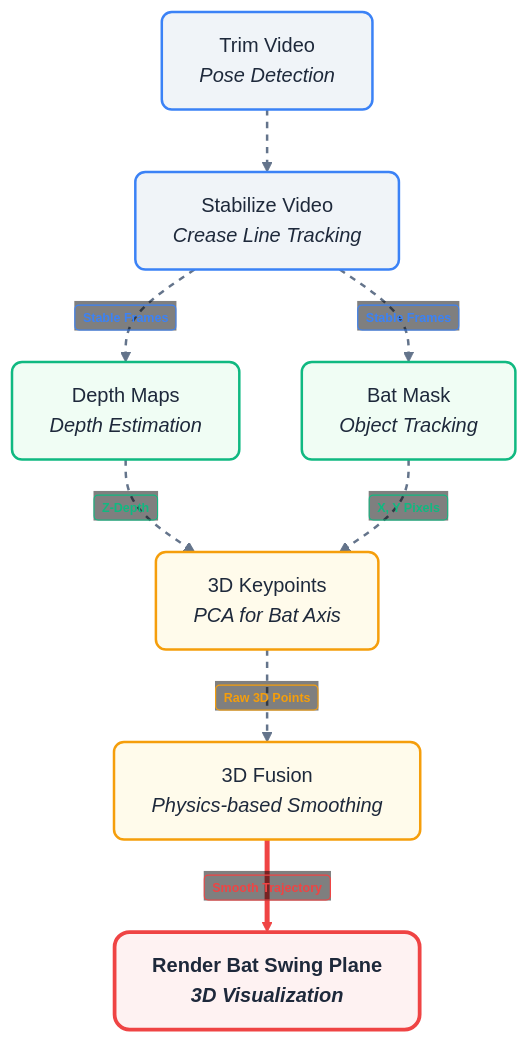
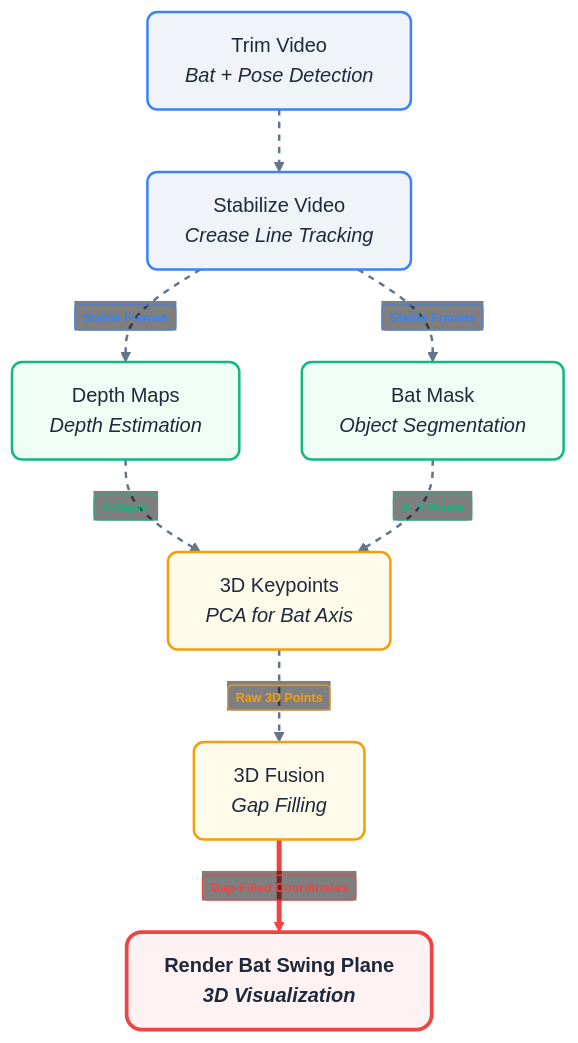
One commit to adnanmsk/blog_privew changed the second of 9 diagrams in pipeline_diagrams.md. Above: the diagram before and after it, drawn with Mermaid. The commit also changed other lines of this file, not shown here.

Commit message:
Update terminology in pipeline diagrams to match Option 13

````diff
--- a/pipeline_diagrams.md
+++ b/pipeline_diagrams.md
@@ -40,26 +40,26 @@
 ```mermaid
 %%{init: {'theme': 'base', 'themeVariables': { 'edgeLabelBackground':'transparent' }}}%%
 flowchart TD
     %% Clean, modern color palette for standard Markdown rendering
     classDef prep fill:#f0f4f8,stroke:#3b82f6,stroke-width:2px,color:#1e293b,rx:8px,ry:8px
     classDef infer fill:#f0fdf4,stroke:#10b981,stroke-width:2px,color:#1e293b,rx:8px,ry:8px
     classDef phys fill:#fffbeb,stroke:#f59e0b,stroke-width:2px,color:#1e293b,rx:8px,ry:8px
     classDef out fill:#fef2f2,stroke:#ef4444,stroke-width:3px,color:#1e293b,rx:12px,ry:12px,font-weight:bold
 
     %% Nodes and relationships (Text strictly preserved)
-    T["Trim Video<br><i>Pose Detection</i>"]:::prep --> S["Stabilize Video<br><i>Crease Line Tracking</i>"]:::prep
+    T["Trim Video<br><i>Bat + Pose Detection</i>"]:::prep --> S["Stabilize Video<br><i>Crease Line Tracking</i>"]:::prep
     
     S -- "<span style='background:transparent !important; border:1.5px solid #3b82f6 !important; color:#3b82f6 !important; padding:2px 6px; border-radius:4px; font-size:10px; font-weight:bold; display:inline-block;'>Stable Frames</span>" --> D["Depth Maps<br><i>Depth Estimation</i>"]:::infer
-    S -- "<span style='background:transparent !important; border:1.5px solid #3b82f6 !important; color:#3b82f6 !important; padding:2px 6px; border-radius:4px; font-size:10px; font-weight:bold; display:inline-block;'>Stable Frames</span>" --> Seg["Bat Mask<br><i>Object Tracking</i>"]:::infer
+    S -- "<span style='background:transparent !important; border:1.5px solid #3b82f6 !important; color:#3b82f6 !important; padding:2px 6px; border-radius:4px; font-size:10px; font-weight:bold; display:inline-block;'>Stable Frames</span>" --> Seg["Bat Mask<br><i>Object Segmentation</i>"]:::infer
     
     D -- "<span style='background:transparent !important; border:1.5px solid #10b981 !important; color:#10b981 !important; padding:2px 6px; border-radius:4px; font-size:10px; font-weight:bold; display:inline-block;'>Z-Depth</span>" --> K["3D Keypoints<br><i>PCA for Bat Axis</i>"]:::phys
     Seg -- "<span style='background:transparent !important; border:1.5px solid #10b981 !important; color:#10b981 !important; padding:2px 6px; border-radius:4px; font-size:10px; font-weight:bold; display:inline-block;'>X, Y Pixels</span>" --> K
     
-    K -- "<span style='background:transparent !important; border:1.5px solid #f59e0b !important; color:#f59e0b !important; padding:2px 6px; border-radius:4px; font-size:10px; font-weight:bold; display:inline-block;'>Raw 3D Points</span>" --> F["3D Fusion<br><i>Physics-based Smoothing</i>"]:::phys
+    K -- "<span style='background:transparent !important; border:1.5px solid #f59e0b !important; color:#f59e0b !important; padding:2px 6px; border-radius:4px; font-size:10px; font-weight:bold; display:inline-block;'>Raw 3D Points</span>" --> F["3D Fusion<br><i>Gap Filling</i>"]:::phys
     
-    F -- "<span style='background:transparent !important; border:1.5px solid #ef4444 !important; color:#ef4444 !important; padding:2px 6px; border-radius:4px; font-size:10px; font-weight:bold; display:inline-block;'>Smooth Trajectory</span>" --> R["Render Bat Swing Plane<br><i>3D Visualization</i>"]:::out
+    F -- "<span style='background:transparent !important; border:1.5px solid #ef4444 !important; color:#ef4444 !important; padding:2px 6px; border-radius:4px; font-size:10px; font-weight:bold; display:inline-block;'>Gap-Filled Coordinates</span>" --> R["Render Bat Swing Plane<br><i>3D Visualization</i>"]:::out
 
     %% Link styling designed to be visible on any Markdown background
     linkStyle 0,1,2,3,4,5 stroke:#64748b,stroke-width:2px,stroke-dasharray: 5 5
     linkStyle 6 stroke:#ef4444,stroke-width:4px
 ```
````
